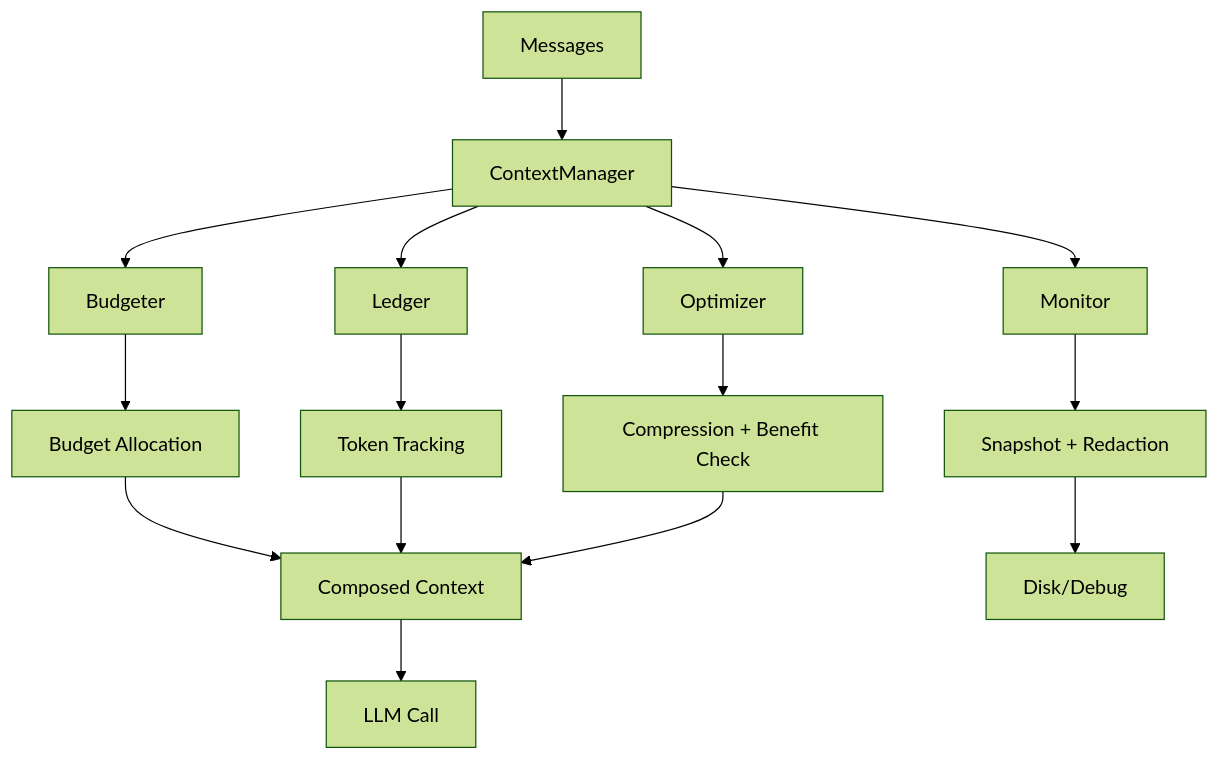
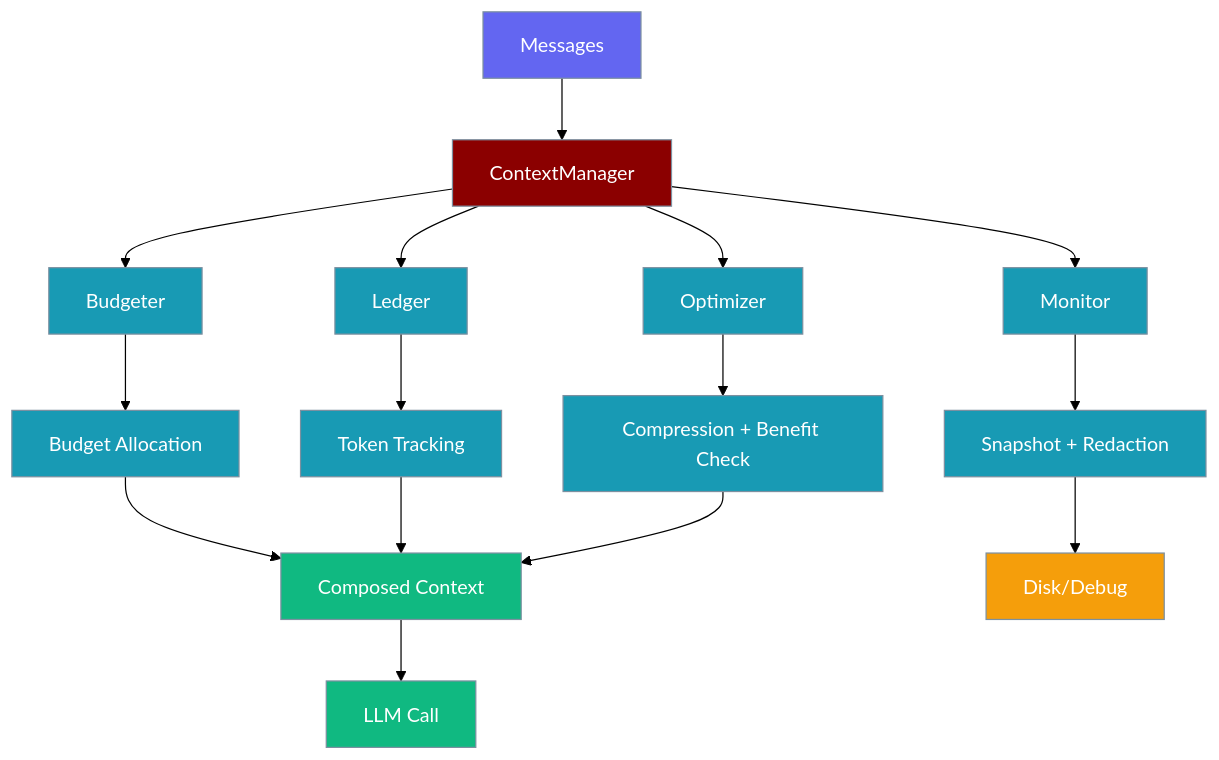
Before and after one commit to MervinPraison/PraisonAIDocs: the second of 2 diagrams in docs/features/context-manager-module.mdx, drawn with Mermaid (forest theme). The commit also changed 2 other files, not shown here.

Commit message:
docs: add classDef to secondary architecture diagrams (AGENTS.md §9.4)
Add standard color-scheme classDef declarations to secondary mermaid
diagrams in browser-agent, context-manager-module, and
context-multi-agent-policies per AGENTS.md §9.4 requirement.

````diff
--- a/docs/features/context-manager-module.mdx
+++ b/docs/features/context-manager-module.mdx
@@ -58,17 +58,28 @@
 ```mermaid
 graph TD
     A[Messages] --> B[ContextManager]
     B --> C[Budgeter]
     B --> D[Ledger]
     B --> E[Optimizer]
     B --> F[Monitor]
     C --> G[Budget Allocation]
     D --> H[Token Tracking]
     E --> I[Compression + Benefit Check]
     F --> J[Snapshot + Redaction]
     G --> K[Composed Context]
     H --> K
     I --> K
     J --> L[Disk/Debug]
     K --> M[LLM Call]
+
+    classDef input fill:#6366F1,stroke:#7C90A0,color:#fff
+    classDef core fill:#8B0000,stroke:#7C90A0,color:#fff
+    classDef process fill:#189AB4,stroke:#7C90A0,color:#fff
+    classDef output fill:#10B981,stroke:#7C90A0,color:#fff
+    classDef debug fill:#F59E0B,stroke:#7C90A0,color:#fff
+    class A input
+    class B core
+    class C,D,E,F,G,H,I,J process
+    class K,M output
+    class L debug
 ```
````
